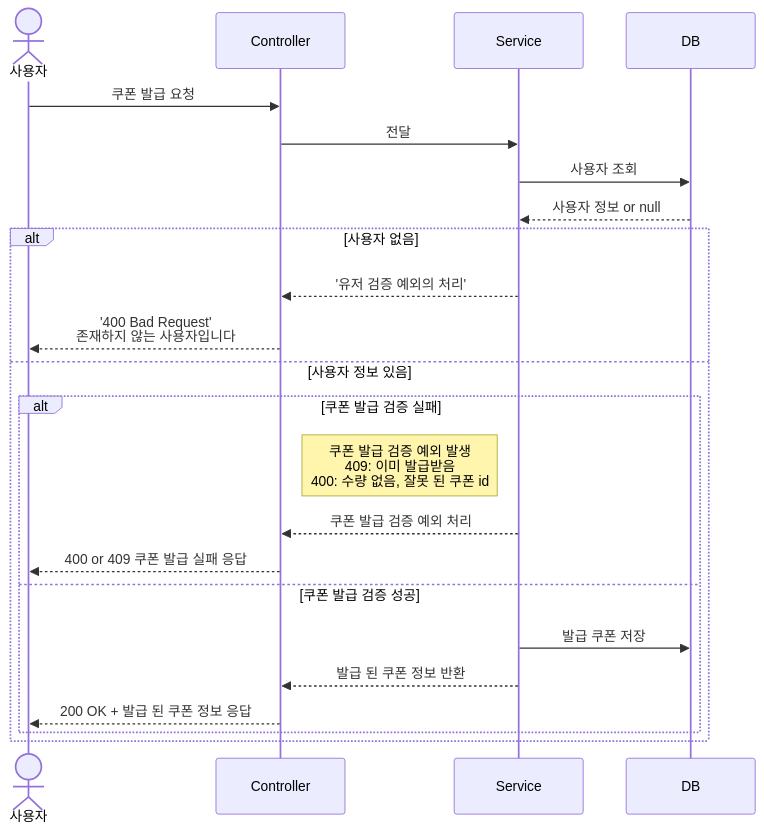
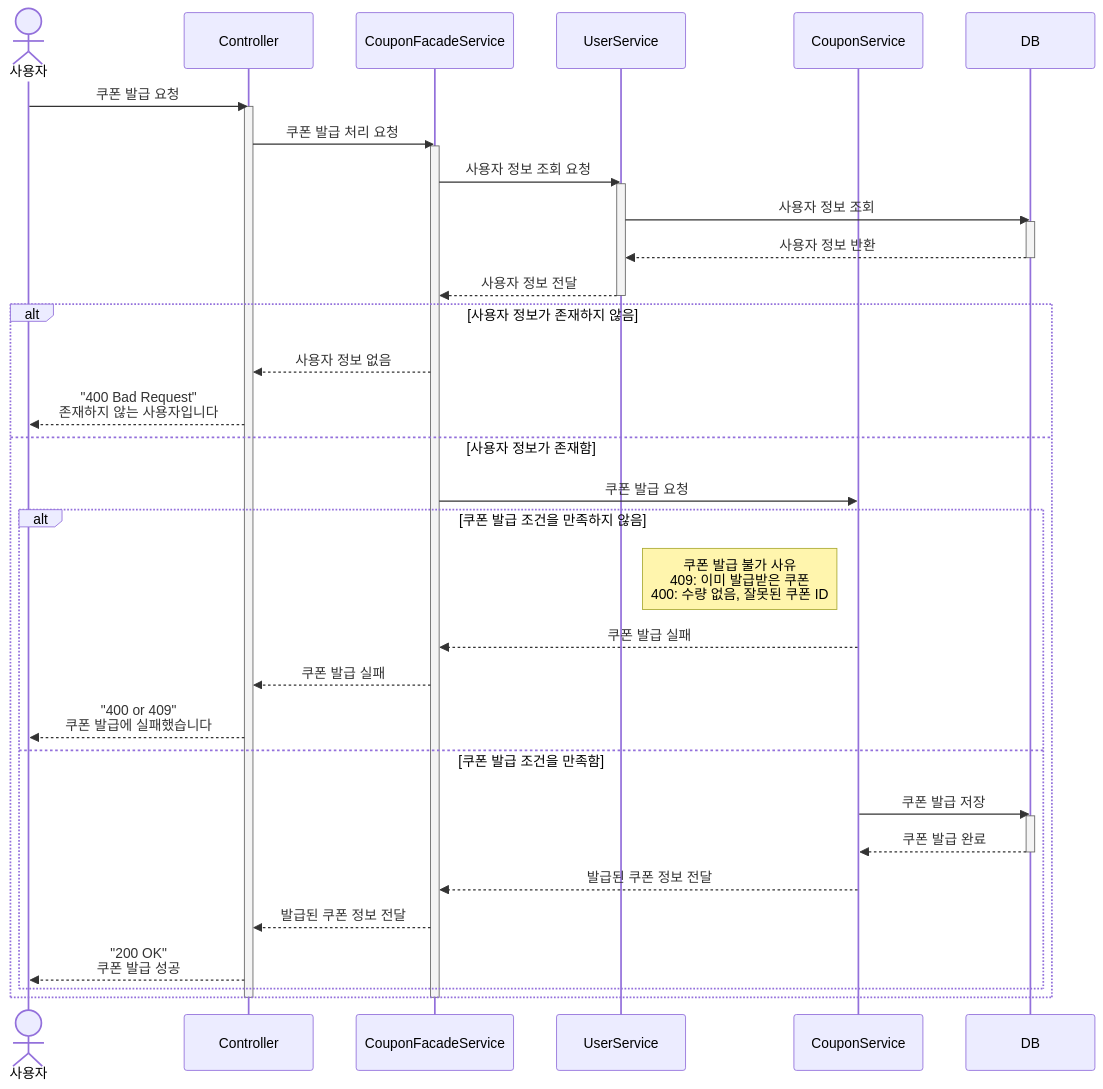
Before and after one commit to maengjjin/hhplus-service: the fourth of 8 diagrams in docs/SequenceDiagram.md, drawn with Mermaid. The commit also changed other lines of this file, not shown here.

Commit message:
- 시퀀스 다이어그램 수정 (Actor 추가 및 파사드 패턴 반영) close #4

````diff
--- a/docs/SequenceDiagram.md
+++ b/docs/SequenceDiagram.md
@@ -88,27 +161,52 @@
 ```mermaid
 sequenceDiagram
     actor User as 사용자
     participant Controller
-    participant Service
+    participant CouponFacadeService
+    participant UserService
+    participant CouponService
     participant DB
 
     User ->> Controller: 쿠폰 발급 요청
-    Controller ->> Service: 전달
-    Service ->> DB: 사용자 조회
-    DB -->> Service: 사용자 정보 or null
+    activate Controller
 
-    alt 사용자 없음
-        Service -->> Controller: '유저 검증 예외의 처리'
-        Controller -->> User: '400 Bad Request' <br>존재하지 않는 사용자입니다
-    else 사용자 정보 있음
-        alt 쿠폰 발급 검증 실패
-            Note left of Service: 쿠폰 발급 검증 예외 발생 <br>409: 이미 발급받음 <br>400: 수량 없음, 잘못 된 쿠폰 id
-            Service -->> Controller: 쿠폰 발급 검증 예외 처리
-            Controller -->> User: 400 or 409 쿠폰 발급 실패 응답
-        else 쿠폰 발급 검증 성공
-            Service ->> DB: 발급 쿠폰 저장
-            Service -->> Controller: 발급 된 쿠폰 정보 반환
-            Controller -->> User: 200 OK + 발급 된 쿠폰 정보 응답
+    Controller ->> CouponFacadeService: 쿠폰 발급 처리 요청
+    activate CouponFacadeService
+
+    CouponFacadeService ->> UserService: 사용자 정보 조회 요청
+    activate UserService
+
+    UserService ->> DB: 사용자 정보 조회
+    activate DB
+    DB -->> UserService: 사용자 정보 반환
+    deactivate DB
+
+    UserService -->> CouponFacadeService: 사용자 정보 전달
+    deactivate UserService
+
+    alt 사용자 정보가 존재하지 않음
+        CouponFacadeService -->> Controller: 사용자 정보 없음
+        Controller -->> User: "400 Bad Request"<br>존재하지 않는 사용자입니다
+    else 사용자 정보가 존재함
+        CouponFacadeService ->> CouponService: 쿠폰 발급 요청
+
+        alt 쿠폰 발급 조건을 만족하지 않음
+            Note left of CouponService: 쿠폰 발급 불가 사유<br>409: 이미 발급받은 쿠폰<br>400: 수량 없음, 잘못된 쿠폰 ID
+            CouponService -->> CouponFacadeService: 쿠폰 발급 실패
+            CouponFacadeService -->> Controller: 쿠폰 발급 실패
+            Controller -->> User: "400 or 409"<br>쿠폰 발급에 실패했습니다
+        else 쿠폰 발급 조건을 만족함
+            CouponService ->> DB: 쿠폰 발급 저장
+            activate DB
+            DB -->> CouponService: 쿠폰 발급 완료
+            deactivate DB
+
+            CouponService -->> CouponFacadeService: 발급된 쿠폰 정보 전달
+            CouponFacadeService -->> Controller: 발급된 쿠폰 정보 전달
+            Controller -->> User: "200 OK"<br>쿠폰 발급 성공
         end
     end
+
+    deactivate CouponFacadeService
+    deactivate Controller
 ```
````
